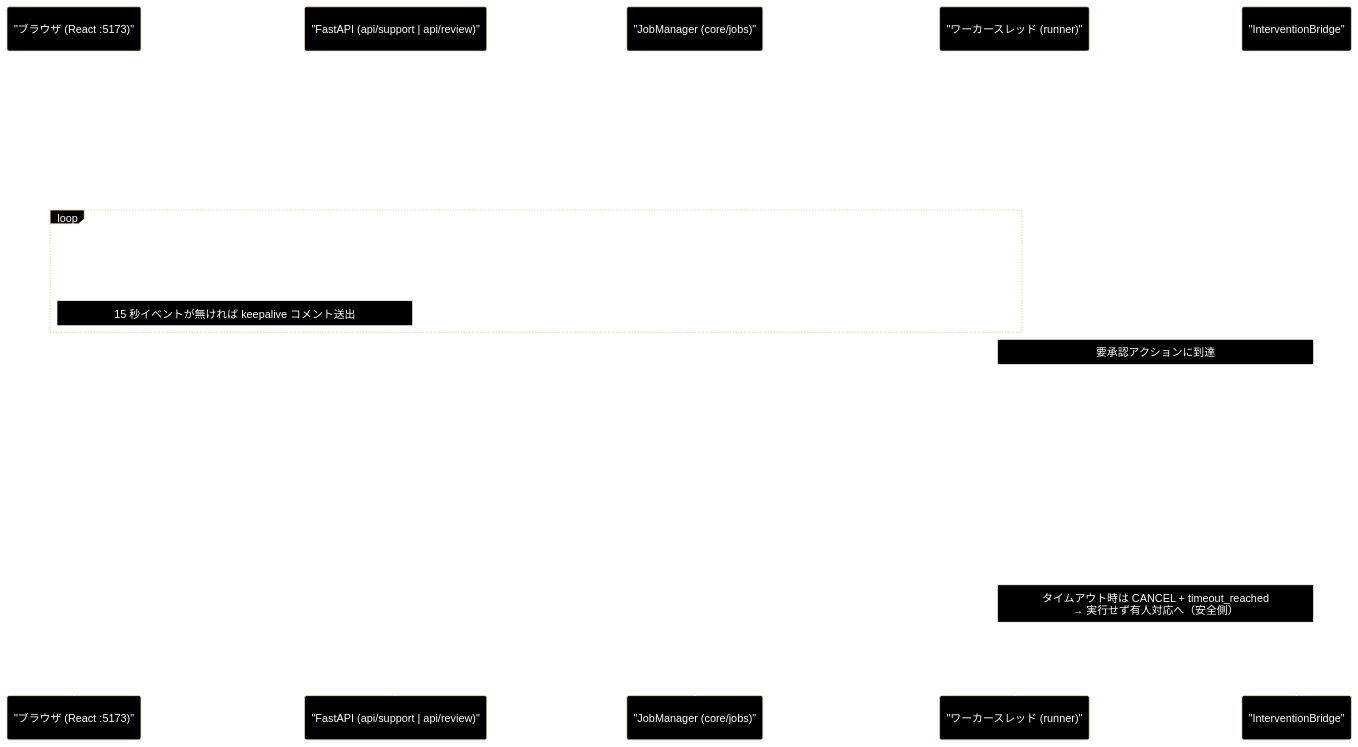
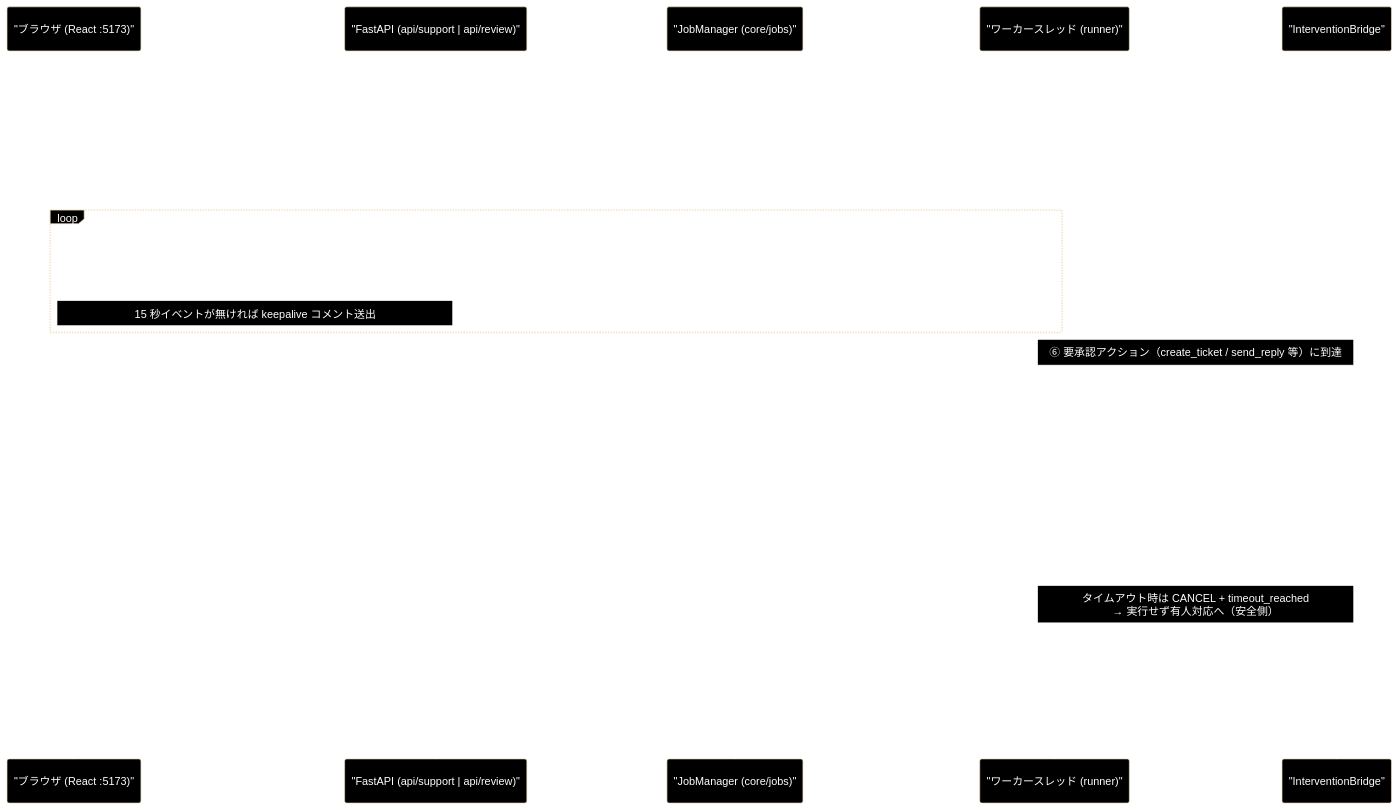
The fourth of 4 diagrams in README.md (nakashima2toshio/grace_v2), drawn with Mermaid before and after one commit. The commit also changed other lines of this file, not shown here.

````diff
--- a/README.md
+++ b/README.md
@@ -195,39 +393,41 @@
 ```mermaid
 %%{ init: { "theme": "base", "themeVariables": {
   "background": "#000000", "mainBkg": "#000000",
   "textColor": "#ffffff", "lineColor": "#ffffff",
   "actorBkg": "#000000", "actorTextColor": "#ffffff",
   "actorLineColor": "#ffffff", "noteBkgColor": "#000000",
   "noteTextColor": "#ffffff", "noteBorderColor": "#ffffff" } } }%%
 sequenceDiagram
     participant B as "ブラウザ (React :5173)"
     participant A as "FastAPI (api/support | api/review)"
     participant J as "JobManager (core/jobs)"
     participant W as "ワーカースレッド (runner)"
     participant BR as "InterventionBridge"
 
-    B->>A: POST /api/{support/query | review/submit}
-    A->>J: start(params) — params 型で runner を解決
+    B->>A: POST /api/support/query {query, vertical, ...}
+    A->>J: start(JobParams) — params 型で runner を解決
     J->>W: スレッド起動（emit=job.emit, confirm=bridge.resolver）
     A-->>B: 202 Accepted {job_id, stream_url}
 
-    B->>A: GET /api/{...}/stream/{job_id}（SSE 接続）
-    loop パイプライン進行
+    B->>A: GET /api/support/stream/{job_id}（SSE 接続）
+    loop パイプライン進行（①〜⑥）
         W->>J: emit(SupportEvent) → events に蓄積（seq, ts 付与）
         A-->>B: data: {seq, ts, type: step/log, ...}
         Note over A,B: 15 秒イベントが無ければ keepalive コメント送出
     end
 
-    Note over W,BR: 要承認アクションに到達
+    Note over W,BR: ⑥ 要承認アクション（create_ticket / send_reply 等）に到達
     W->>BR: resolver(request) — 応答が来るまでブロック
     BR->>J: emit(intervention, status=waiting, intervention_id)
     A-->>B: data: {type: intervention} → CONFIRM モーダル表示
-    B->>A: POST /api/{...}/confirm/{job_id} {intervention_id, approve}
+    B->>A: POST /api/support/confirm/{job_id} {intervention_id, approve}
     A->>J: confirm() → bridge.resolve(intervention_id, approve)
     J-->>BR: threading.Event で応答注入
     BR-->>W: InterventionResponse（PROCEED / CANCEL）
     Note over BR,W: タイムアウト時は CANCEL + timeout_reached<br>→ 実行せず有人対応へ（安全側）
 
-    W->>J: emit(result) → finish(completed)
+    W->>J: emit(result, data=SupportResult) → finish(completed)
     A-->>B: data: {type: result} → data: {type: done, status}
+    B->>A: GET /api/support/result/{job_id}（ポーリング用フォールバック）
+    A-->>B: {job_id, status, result: SupportResultModel}
 ```
````
